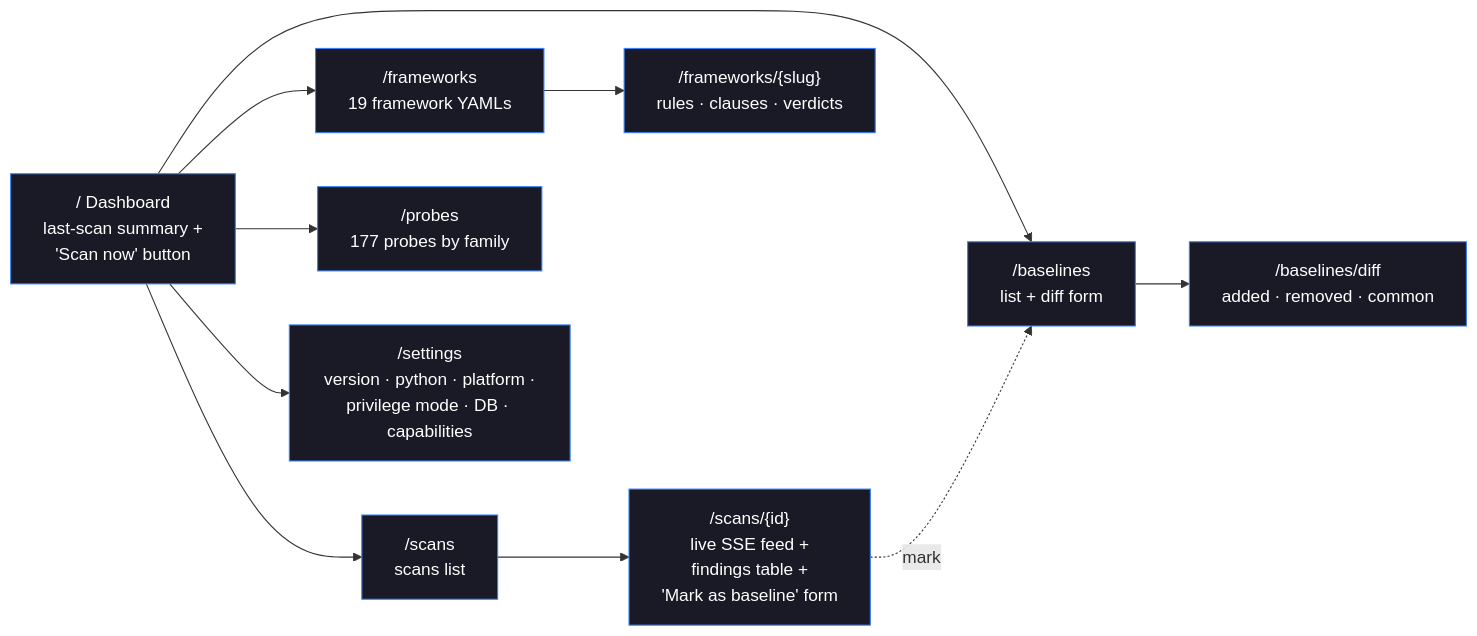
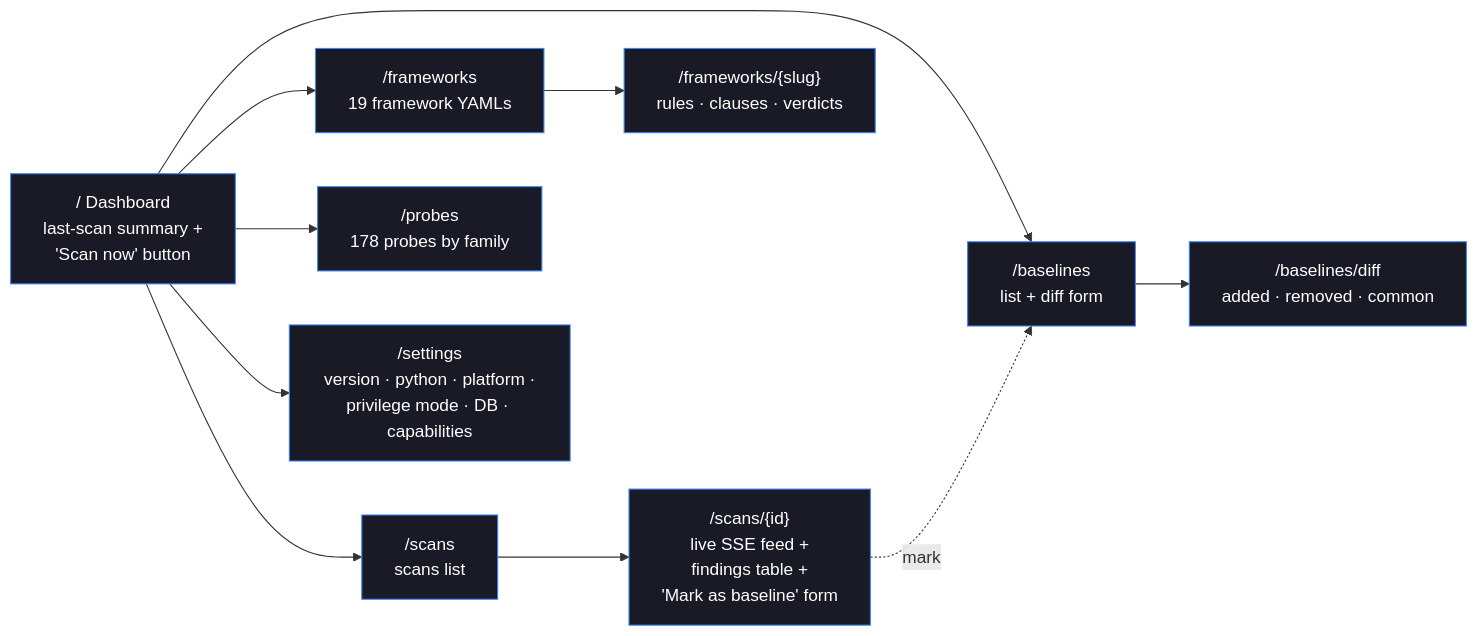
Before and after one commit to orengacademy/pqc-scanner2: the third of 7 diagrams in README.md, drawn with Mermaid. The commit also changed other lines of this file and 32 other files, not shown here.

````diff
--- a/README.md
+++ b/README.md
@@ -342,22 +342,22 @@
 ```mermaid
 flowchart LR
     HOME["/  Dashboard<br/>last-scan summary +<br/>'Scan now' button"]
     SCANS["/scans<br/>scans list"]
     DETAIL["/scans/{id}<br/>live SSE feed +<br/>findings table +<br/>'Mark as baseline' form"]
     FRAMEWORKS["/frameworks<br/>19 framework YAMLs"]
     FW_DET["/frameworks/{slug}<br/>rules · clauses · verdicts"]
-    PROBES["/probes<br/>177 probes by family"]
+    PROBES["/probes<br/>178 probes by family"]
     BASELINES["/baselines<br/>list + diff form"]
     DIFF["/baselines/diff<br/>added · removed · common"]
     SETTINGS["/settings<br/>version · python · platform ·<br/>privilege mode · DB · capabilities"]
 
     HOME --> SCANS --> DETAIL
     HOME --> FRAMEWORKS --> FW_DET
     HOME --> PROBES
     HOME --> BASELINES --> DIFF
     DETAIL -.mark.-> BASELINES
     HOME --> SETTINGS
 
     classDef page fill:#1a1a26,color:#fff,stroke:#3b82f6
     class HOME,SCANS,DETAIL,FRAMEWORKS,FW_DET,PROBES,BASELINES,DIFF,SETTINGS page
 ```
````
